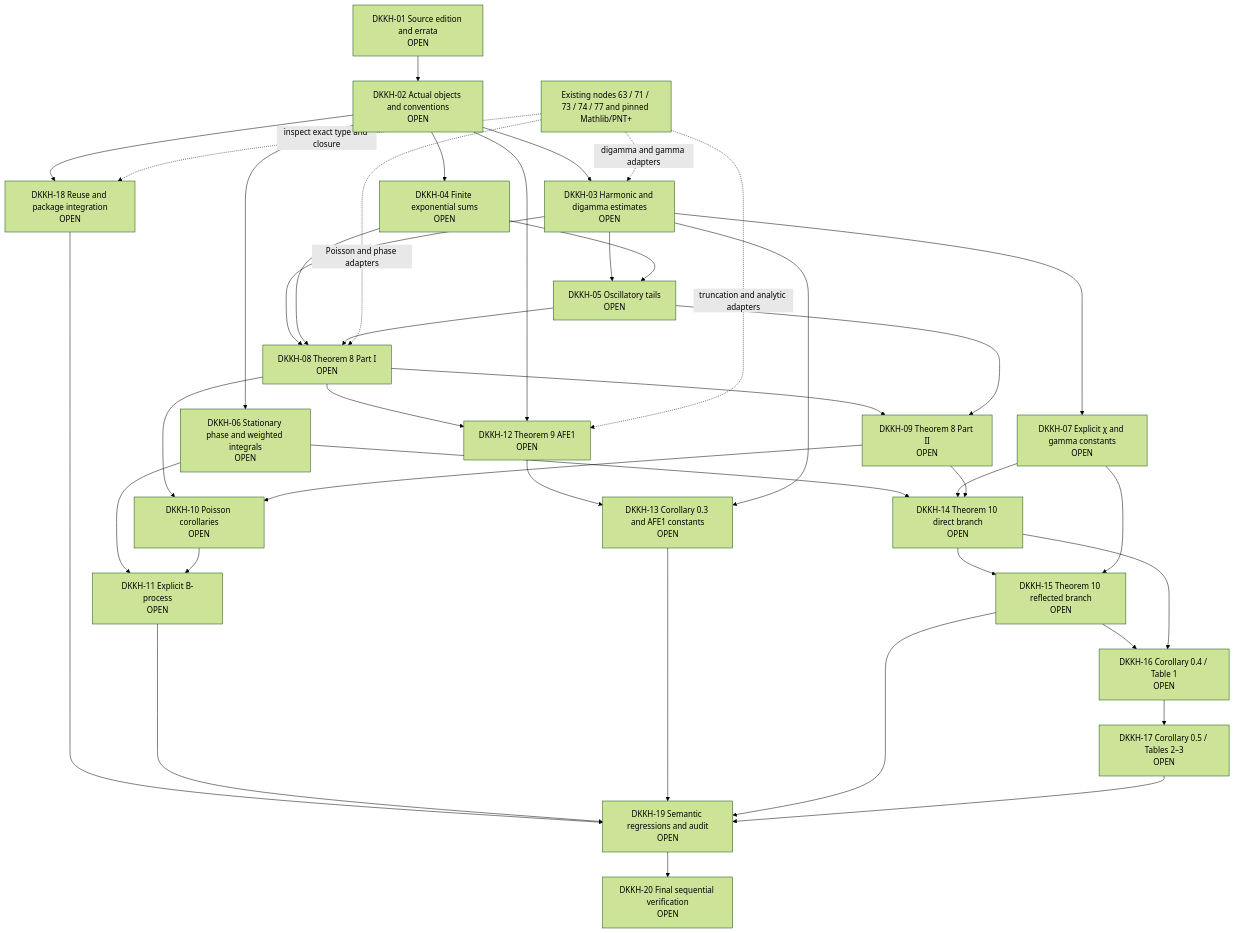
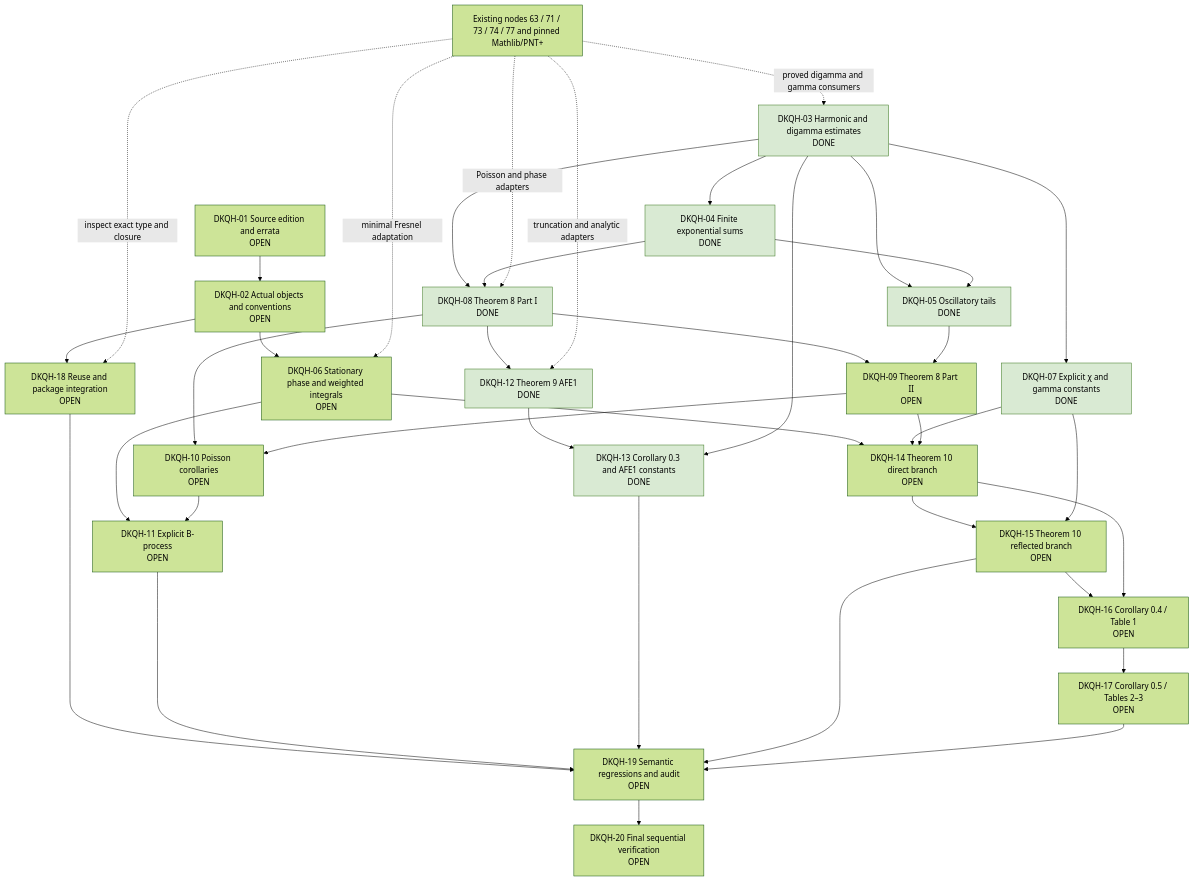
Before and after one commit to smccolm/Lean: the diagram in Riemann Zeta/9. Zero Density, Large Values and Prime Transfer/78 Dhiman-Kadiri-Quesada-Herrera, 2026/Dhiman-Kadiri-Quesada-Herrera Architecture.md, drawn with Mermaid (forest theme). The commit also changed other lines of this file and 68 other files, not shown here.

````diff
--- a/Riemann Zeta/9. Zero Density, Large Values and Prime Transfer/78 Dhiman-Kadiri-Quesada-Herrera, 2026/Dhiman-Kadiri-Quesada-Herrera Architecture.md
+++ b/Riemann Zeta/9. Zero Density, Large Values and Prime Transfer/78 Dhiman-Kadiri-Quesada-Herrera, 2026/Dhiman-Kadiri-Quesada-Herrera Architecture.md
@@ -5,63 +5,68 @@
 ```mermaid
 flowchart TD
-  G01["DKKH-01 Source edition and errata<br/>OPEN"]
-  G02["DKKH-02 Actual objects and conventions<br/>OPEN"]
-  G03["DKKH-03 Harmonic and digamma estimates<br/>OPEN"]
-  G04["DKKH-04 Finite exponential sums<br/>OPEN"]
-  G05["DKKH-05 Oscillatory tails<br/>OPEN"]
-  G06["DKKH-06 Stationary phase and weighted integrals<br/>OPEN"]
-  G07["DKKH-07 Explicit χ and gamma constants<br/>OPEN"]
-  G08["DKKH-08 Theorem 8 Part I<br/>OPEN"]
-  G09["DKKH-09 Theorem 8 Part II<br/>OPEN"]
-  G10["DKKH-10 Poisson corollaries<br/>OPEN"]
-  G11["DKKH-11 Explicit B-process<br/>OPEN"]
-  G12["DKKH-12 Theorem 9 AFE1<br/>OPEN"]
-  G13["DKKH-13 Corollary 0.3 and AFE1 constants<br/>OPEN"]
-  G14["DKKH-14 Theorem 10 direct branch<br/>OPEN"]
-  G15["DKKH-15 Theorem 10 reflected branch<br/>OPEN"]
-  G16["DKKH-16 Corollary 0.4 / Table 1<br/>OPEN"]
-  G17["DKKH-17 Corollary 0.5 / Tables 2–3<br/>OPEN"]
-  G18["DKKH-18 Reuse and package integration<br/>OPEN"]
-  G19["DKKH-19 Semantic regressions and audit<br/>OPEN"]
-  G20["DKKH-20 Final sequential verification<br/>OPEN"]
+  G01["DKQH-01 Source edition and errata<br/>OPEN"]
+  G02["DKQH-02 Actual objects and conventions<br/>OPEN"]
+  G03["DKQH-03 Harmonic and digamma estimates<br/>DONE"]
+  G04["DKQH-04 Finite exponential sums<br/>DONE"]
+  G05["DKQH-05 Oscillatory tails<br/>DONE"]
+  G06["DKQH-06 Stationary phase and weighted integrals<br/>OPEN"]
+  G07["DKQH-07 Explicit χ and gamma constants<br/>DONE"]
+  G08["DKQH-08 Theorem 8 Part I<br/>DONE"]
+  G09["DKQH-09 Theorem 8 Part II<br/>OPEN"]
+  G10["DKQH-10 Poisson corollaries<br/>OPEN"]
+  G11["DKQH-11 Explicit B-process<br/>OPEN"]
+  G12["DKQH-12 Theorem 9 AFE1<br/>DONE"]
+  G13["DKQH-13 Corollary 0.3 and AFE1 constants<br/>DONE"]
+  G14["DKQH-14 Theorem 10 direct branch<br/>OPEN"]
+  G15["DKQH-15 Theorem 10 reflected branch<br/>OPEN"]
+  G16["DKQH-16 Corollary 0.4 / Table 1<br/>OPEN"]
+  G17["DKQH-17 Corollary 0.5 / Tables 2–3<br/>OPEN"]
+  G18["DKQH-18 Reuse and package integration<br/>OPEN"]
+  G19["DKQH-19 Semantic regressions and audit<br/>OPEN"]
+  G20["DKQH-20 Final sequential verification<br/>OPEN"]
   G01 --> G02
-  G02 --> G03
-  G02 --> G04
+  G03 --> G04
   G03 --> G05
   G04 --> G05
   G02 --> G06
   G03 --> G07
   G03 --> G08
   G04 --> G08
-  G05 --> G08
   G08 --> G09
   G05 --> G09
   G08 --> G10
   G09 --> G10
   G06 --> G11
   G10 --> G11
   G08 --> G12
-  G02 --> G12
   G12 --> G13
   G03 --> G13
   G06 --> G14
   G07 --> G14
   G09 --> G14
   G14 --> G15
   G07 --> G15
   G15 --> G16
   G14 --> G16
   G16 --> G17
   G02 --> G18
   G18 --> G19
   G11 --> G19
   G13 --> G19
   G15 --> G19
   G17 --> G19
   G19 --> G20
   L["Existing nodes 63 / 71 / 73 / 74 / 77 and pinned Mathlib/PNT+"]
   L -. inspect exact type and closure .-> G18
   L -. truncation and analytic adapters .-> G12
-  L -. digamma and gamma adapters .-> G03
+  L -. proved digamma and gamma consumers .-> G03
+  style G03 fill:#d9ead3,stroke:#38761d
+  style G04 fill:#d9ead3,stroke:#38761d
+  style G05 fill:#d9ead3,stroke:#38761d
+  style G07 fill:#d9ead3,stroke:#38761d
+  style G08 fill:#d9ead3,stroke:#38761d
+  style G12 fill:#d9ead3,stroke:#38761d
+  style G13 fill:#d9ead3,stroke:#38761d
   L -. Poisson and phase adapters .-> G08
+  L -. minimal Fresnel adaptation .-> G06
 ```
````
